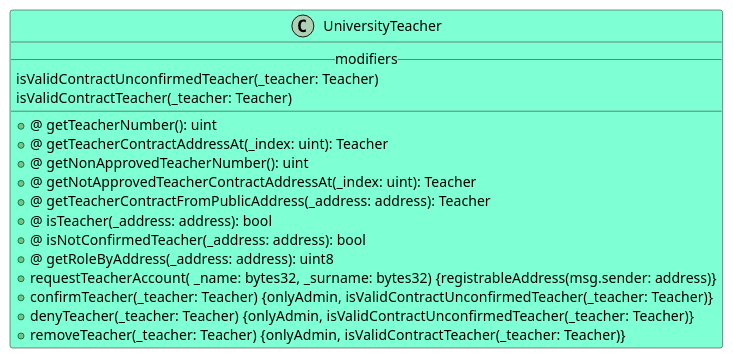
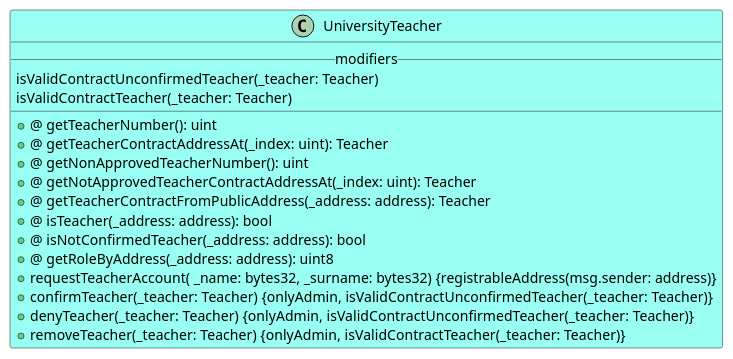
The diagram in Solidity/Contracts/UniversityTeacher.iuml (M9k/Marvin-Uml), drawn with PlantUML before and after one commit. The commit also changed 9 other files, not shown here.

```diff
--- a/Solidity/Contracts/UniversityTeacher.iuml
+++ b/Solidity/Contracts/UniversityTeacher.iuml
@@ -1,21 +1,21 @@
 @startuml
 
-class UniversityTeacher #AquaMarine {
+class UniversityTeacher #99FFF3 {
 __modifiers__
 isValidContractUnconfirmedTeacher(_teacher: Teacher)
 isValidContractTeacher(_teacher: Teacher)
 __
 +@ getTeacherNumber(): uint
 +@ getTeacherContractAddressAt(_index: uint): Teacher
 +@ getNonApprovedTeacherNumber(): uint
 +@ getNotApprovedTeacherContractAddressAt(_index: uint): Teacher
 +@ getTeacherContractFromPublicAddress(_address: address): Teacher
 +@ isTeacher(_address: address): bool
 +@ isNotConfirmedTeacher(_address: address): bool
 +@ getRoleByAddress(_address: address): uint8
 + requestTeacherAccount( _name: bytes32, _surname: bytes32) {registrableAddress(msg.sender: address)}
 + confirmTeacher(_teacher: Teacher) {onlyAdmin, isValidContractUnconfirmedTeacher(_teacher: Teacher)}
 + denyTeacher(_teacher: Teacher) {onlyAdmin, isValidContractUnconfirmedTeacher(_teacher: Teacher)}
 + removeTeacher(_teacher: Teacher) {onlyAdmin, isValidContractTeacher(_teacher: Teacher)}
 }
 @enduml
```
